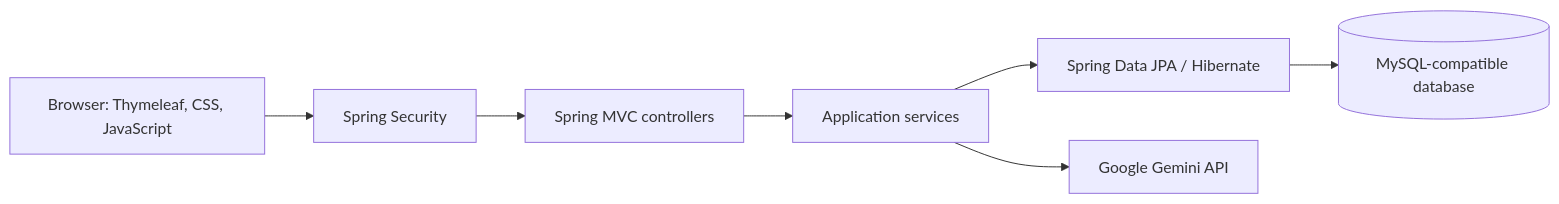
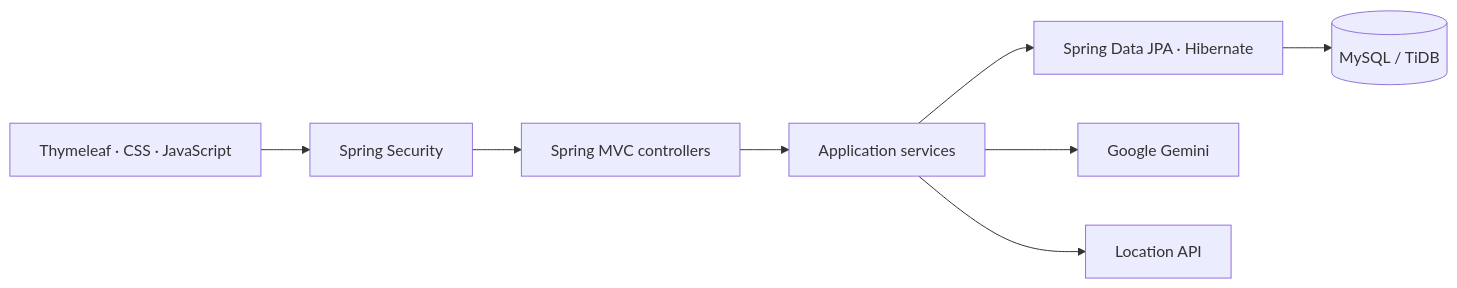
Before and after one commit to SomilGarg1807/Job_Portal: the diagram in README.md, drawn with Mermaid. The commit also changed other lines of this file and 16 other files, not shown here.

````diff
--- a/README.md
+++ b/README.md
@@ -36,9 +42,10 @@
 ```mermaid
 flowchart LR
-    Browser["Browser: Thymeleaf, CSS, JavaScript"] --> Security["Spring Security"]
-    Security --> MVC["Spring MVC controllers"]
-    MVC --> Services["Application services"]
-    Services --> JPA["Spring Data JPA / Hibernate"]
-    JPA --> Database[("MySQL-compatible database")]
-    Services --> Gemini["Google Gemini API"]
+    UI["Thymeleaf · CSS · JavaScript"] --> Security["Spring Security"]
+    Security --> Controllers["Spring MVC controllers"]
+    Controllers --> Services["Application services"]
+    Services --> Persistence["Spring Data JPA · Hibernate"]
+    Persistence --> Database[("MySQL / TiDB")]
+    Services --> AI["Google Gemini"]
+    Services --> Locations["Location API"]
 ```
````
